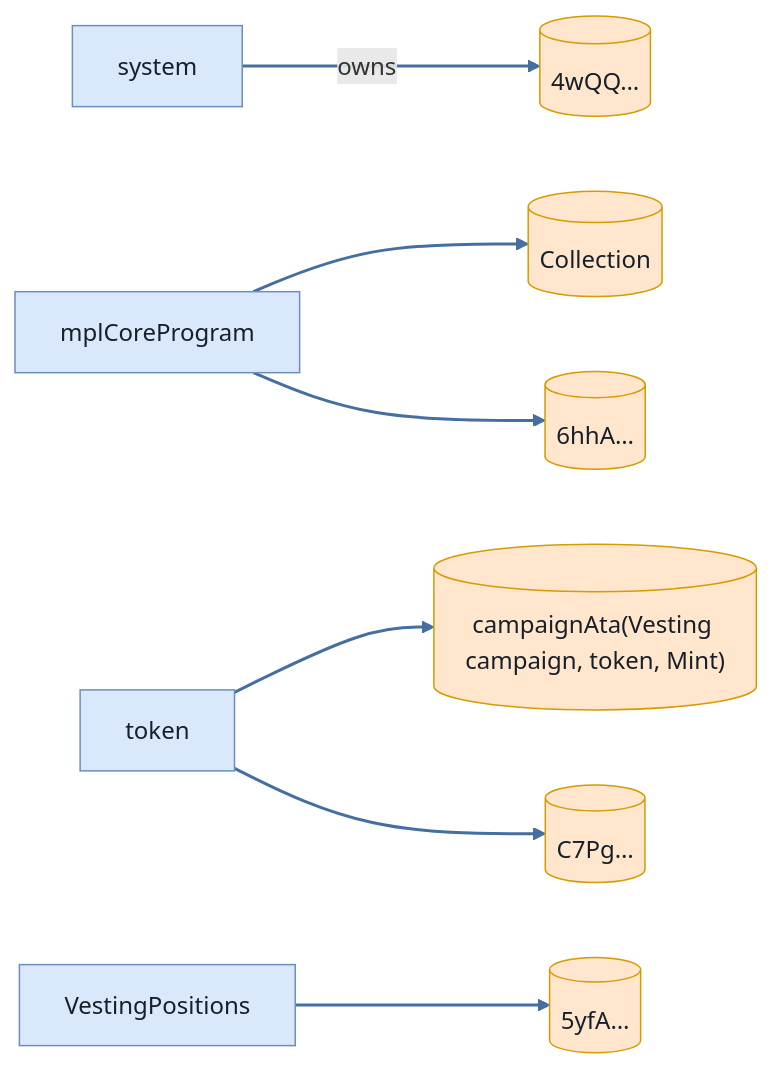
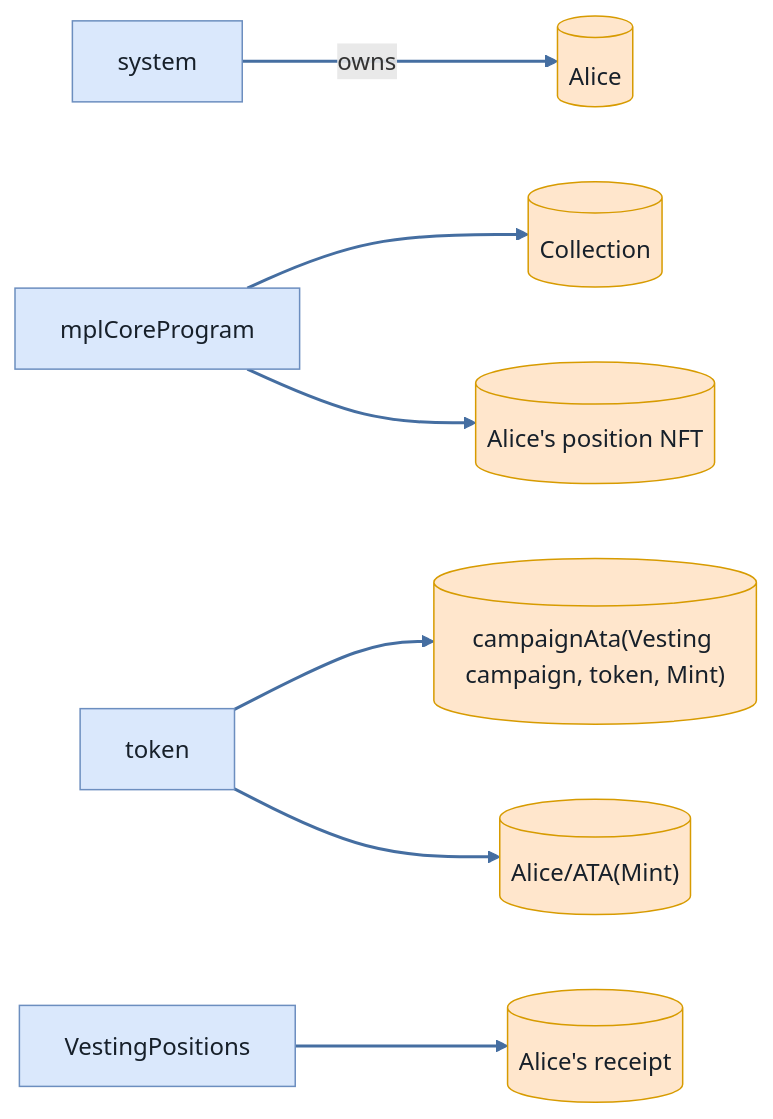
One commit to cds-turbin3/vesting-position changed the sixth of 6 diagrams in babelfish-tests/test-report/at_cliff_releases_cliff_bps.md. Above: the diagram before and after it, drawn with Mermaid. The commit also changed other lines of this file and 104 other files, not shown here.

````diff
--- a/babelfish-tests/test-report/at_cliff_releases_cliff_bps.md
+++ b/babelfish-tests/test-report/at_cliff_releases_cliff_bps.md
@@ -327,23 +326,23 @@
 ```mermaid
 flowchart LR
     system["system"]:::program
-    n4wQQ[("4wQQ…")]:::state
+    Alice[("Alice")]:::state
     mplCoreProgram["mplCoreProgram"]:::program
     Collection[("Collection")]:::state
     token["token"]:::program
     campaignAtaVestingcampaigntokenMint[("campaignAta(Vesting campaign, token, Mint)")]:::state
-    C7Pg[("C7Pg…")]:::state
-    n6hhA[("6hhA…")]:::state
+    AliceATAMint[("Alice/ATA(Mint)")]:::state
+    AlicespositionNFT[("Alice's position NFT")]:::state
     VestingPositions["VestingPositions"]:::program
-    n5yfA[("5yfA…")]:::state
-    system -->|owns| n4wQQ
+    Alicesreceipt[("Alice's receipt")]:::state
+    system -->|owns| Alice
     mplCoreProgram --> Collection
     token --> campaignAtaVestingcampaigntokenMint
-    token --> C7Pg
-    mplCoreProgram --> n6hhA
-    VestingPositions --> n5yfA
+    token --> AliceATAMint
+    mplCoreProgram --> AlicespositionNFT
+    VestingPositions --> Alicesreceipt
     classDef program fill:#dae8fc,stroke:#6c8ebf,color:#17202a;
     classDef signer fill:#d5e8d4,stroke:#82b366,color:#17202a;
     classDef state fill:#ffe6cc,stroke:#d79b00,color:#17202a;
     linkStyle 0,1,2,3,4,5 stroke:#456ea1,stroke-width:2px
 ```
````
